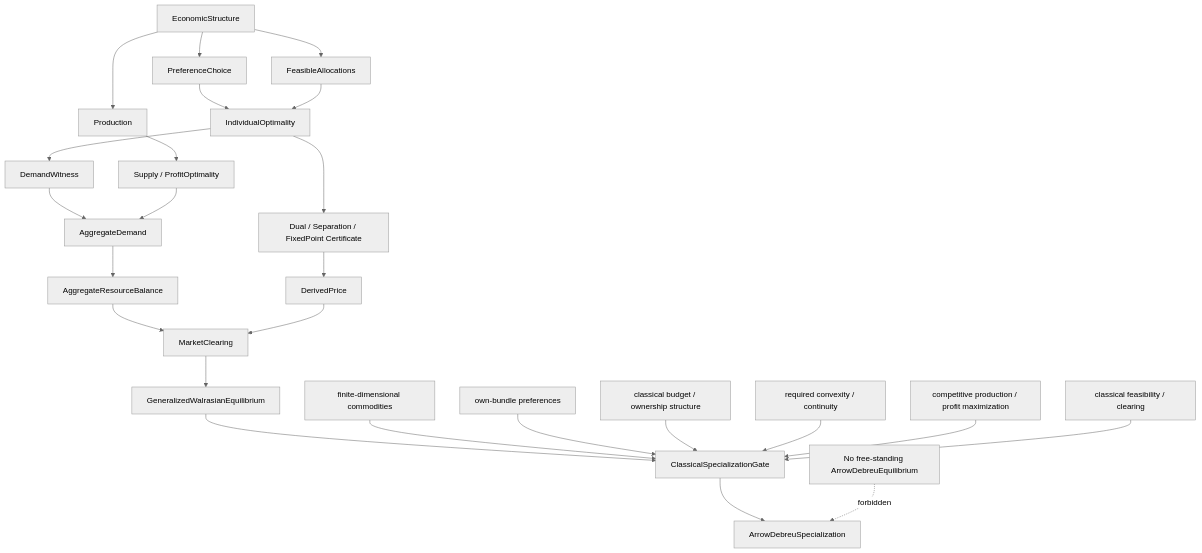
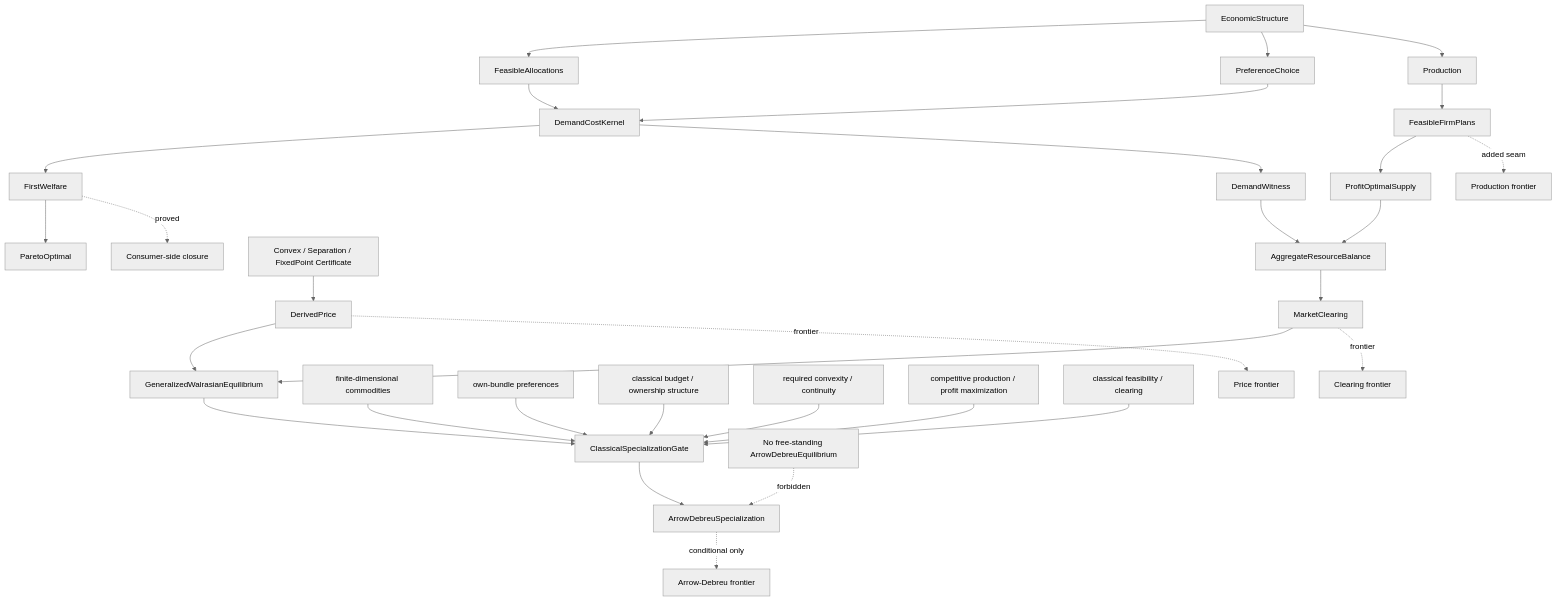
Before and after one commit to JohnChristianD/Actions: the diagram in docs/economics/economic-egraph-emergent-arrow-debreu.mmd, drawn with Mermaid (neutral theme).

Commit message:
Graph economic closure frontiers

```diff
--- a/docs/economics/economic-egraph-emergent-arrow-debreu.mmd
+++ b/docs/economics/economic-egraph-emergent-arrow-debreu.mmd
@@ -1,28 +1,38 @@
 flowchart TD
   E["EconomicStructure"] --> F["FeasibleAllocations"]
   E --> P["PreferenceChoice"]
   E --> R["Production"]
-  P --> I["IndividualOptimality"]
-  F --> I
-  R --> S["Supply / ProfitOptimality"]
-  I --> D["DemandWitness"]
-  D --> A["AggregateDemand"]
-  S --> A
-  A --> B["AggregateResourceBalance"]
-  B --> C["MarketClearing"]
-  I --> Q["Dual / Separation / FixedPoint Certificate"]
-  Q --> V["DerivedPrice"]
-  V --> C
-  C --> G["GeneralizedWalrasianEquilibrium"]
 
-  G --> ADG["ClassicalSpecializationGate"]
+  P --> DC["DemandCostKernel"]
+  F --> DC
+  DC --> FW["FirstWelfare"]
+  FW --> PO["ParetoOptimal"]
+
+  R --> PF["FeasibleFirmPlans"]
+  PF --> S["ProfitOptimalSupply"]
+  S --> RB["AggregateResourceBalance"]
+  DC --> DD["DemandWitness"]
+  DD --> RB
+  RB --> MC["MarketClearing"]
+
+  SEP["Convex / Separation / FixedPoint Certificate"] --> DP["DerivedPrice"]
+  DP --> GE["GeneralizedWalrasianEquilibrium"]
+  MC --> GE
+
+  GE --> ADG["ClassicalSpecializationGate"]
   ADG --> AD["ArrowDebreuSpecialization"]
 
   X1["finite-dimensional commodities"] --> ADG
   X2["own-bundle preferences"] --> ADG
   X3["classical budget / ownership structure"] --> ADG
   X4["required convexity / continuity"] --> ADG
   X5["competitive production / profit maximization"] --> ADG
   X6["classical feasibility / clearing"] --> ADG
 
+  FW -. proved .-> V1["Consumer-side closure"]
+  PF -. added seam .-> V2["Production frontier"]
+  MC -. frontier .-> V3["Clearing frontier"]
+  DP -. frontier .-> V4["Price frontier"]
+  AD -. conditional only .-> V5["Arrow-Debreu frontier"]
+
   Z["No free-standing ArrowDebreuEquilibrium"] -. forbidden .-> AD
```
